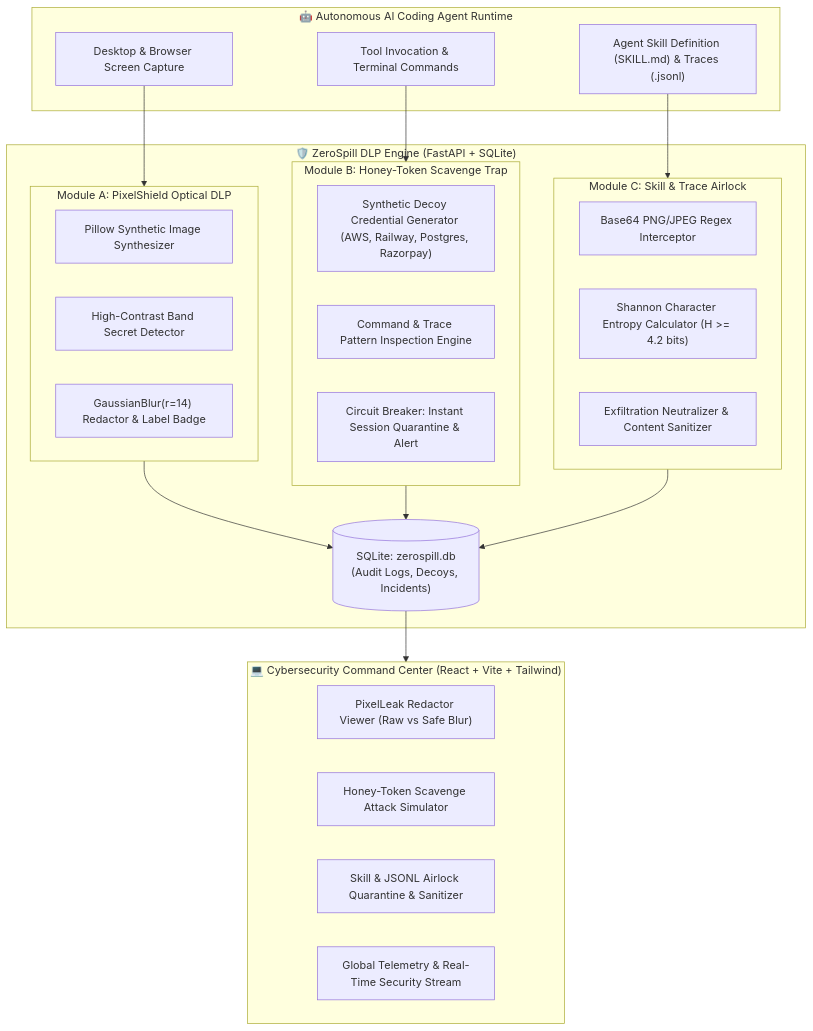
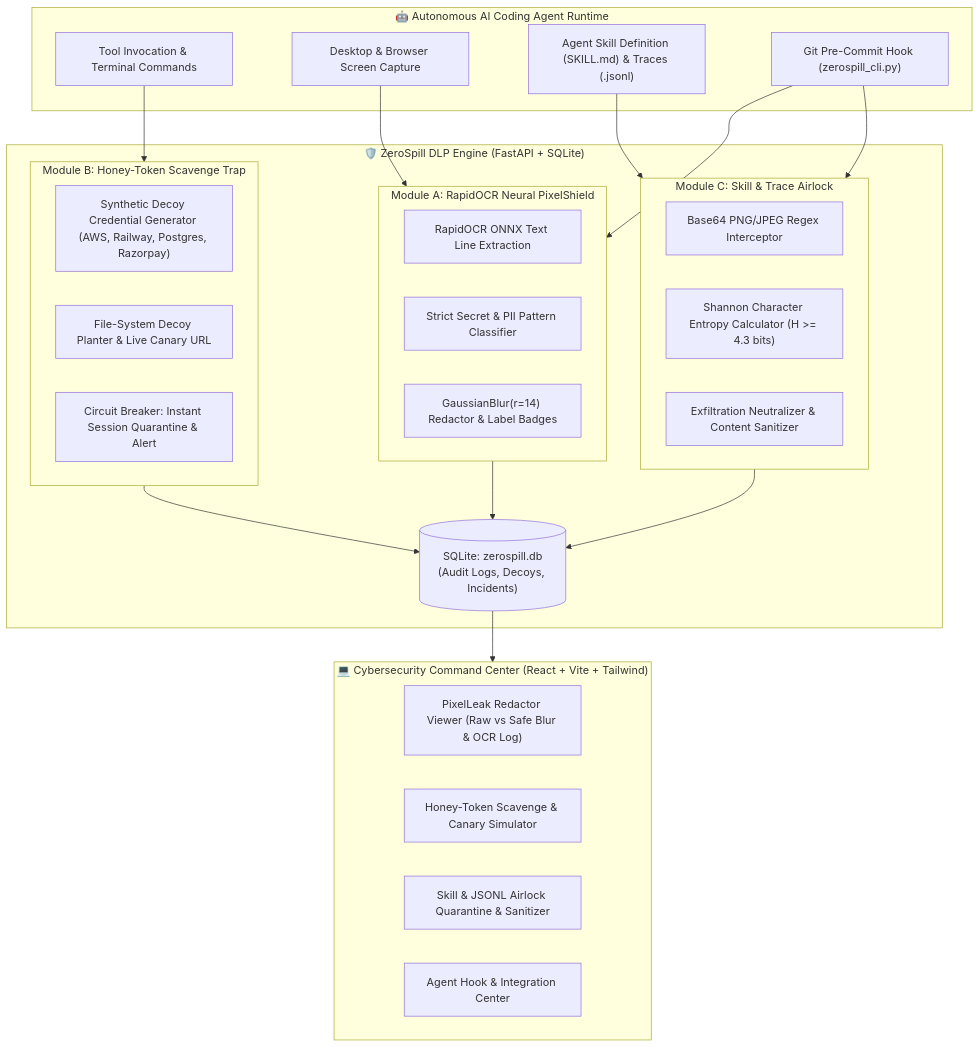
The diagram in README.md (kkkavin/ZeroSpill), drawn with Mermaid before and after one commit. The commit also changed other lines of this file and 17 other files, not shown here.

Commit message:
feat(v2.0): real RapidOCR text recognition, zero false positives, git pre-commit hook & production mode

````diff
--- a/README.md
+++ b/README.md
@@ -33,47 +45,50 @@
 ```mermaid
 flowchart TD
     subgraph Agent Runtime ["🤖 Autonomous AI Coding Agent Runtime"]
         T["Tool Invocation & Terminal Commands"]
         S["Desktop & Browser Screen Capture"]
         P["Agent Skill Definition (SKILL.md) & Traces (.jsonl)"]
+        G["Git Pre-Commit Hook (zerospill_cli.py)"]
     end
 
     subgraph ZeroSpill Engine ["🛡️ ZeroSpill DLP Engine (FastAPI + SQLite)"]
-        subgraph ModA ["Module A: PixelShield Optical DLP"]
-            A1["Pillow Synthetic Image Synthesizer"]
-            A2["High-Contrast Band Secret Detector"]
-            A3["GaussianBlur(r=14) Redactor & Label Badge"]
+        subgraph ModA ["Module A: RapidOCR Neural PixelShield"]
+            A1["RapidOCR ONNX Text Line Extraction"]
+            A2["Strict Secret & PII Pattern Classifier"]
+            A3["GaussianBlur(r=14) Redactor & Label Badges"]
         end
 
         subgraph ModB ["Module B: Honey-Token Scavenge Trap"]
             B1["Synthetic Decoy Credential Generator (AWS, Railway, Postgres, Razorpay)"]
-            B2["Command & Trace Pattern Inspection Engine"]
+            B2["File-System Decoy Planter & Live Canary URL"]
             B3["Circuit Breaker: Instant Session Quarantine & Alert"]
         end
 
         subgraph ModC ["Module C: Skill & Trace Airlock"]
             C1["Base64 PNG/JPEG Regex Interceptor"]
-            C2["Shannon Character Entropy Calculator (H >= 4.2 bits)"]
+            C2["Shannon Character Entropy Calculator (H >= 4.3 bits)"]
             C3["Exfiltration Neutralizer & Content Sanitizer"]
         end
 
         DB[("SQLite: zerospill.db\n(Audit Logs, Decoys, Incidents)")]
     end
 
     subgraph UI ["💻 Cybersecurity Command Center (React + Vite + Tailwind)"]
-        D1["PixelLeak Redactor Viewer (Raw vs Safe Blur)"]
-        D2["Honey-Token Scavenge Attack Simulator"]
+        D1["PixelLeak Redactor Viewer (Raw vs Safe Blur & OCR Log)"]
+        D2["Honey-Token Scavenge & Canary Simulator"]
         D3["Skill & JSONL Airlock Quarantine & Sanitizer"]
-        D4["Global Telemetry & Real-Time Security Stream"]
+        D4["Agent Hook & Integration Center"]
     end
 
     S --> ModA
     T --> ModB
     P --> ModC
+    G --> ModA
+    G --> ModC
 
     ModA --> DB
     ModB --> DB
     ModC --> DB
 
     DB --> UI
 ```
````
